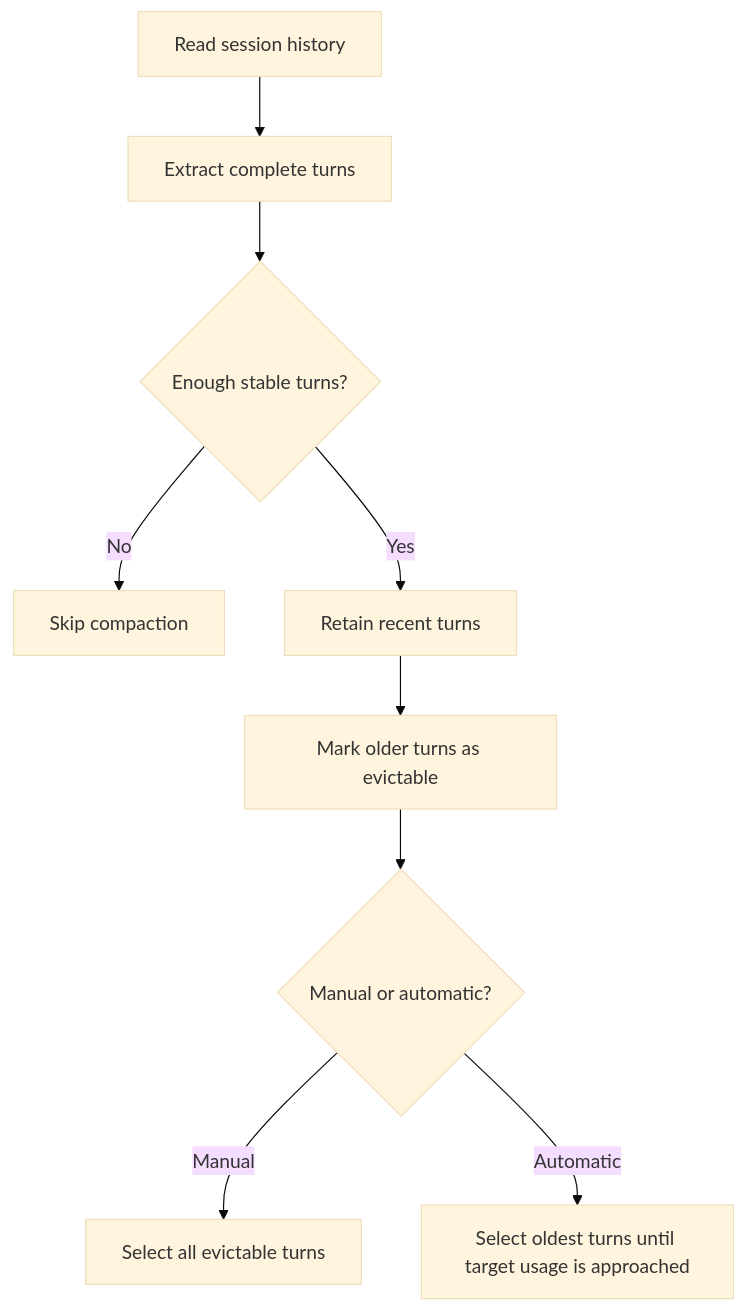
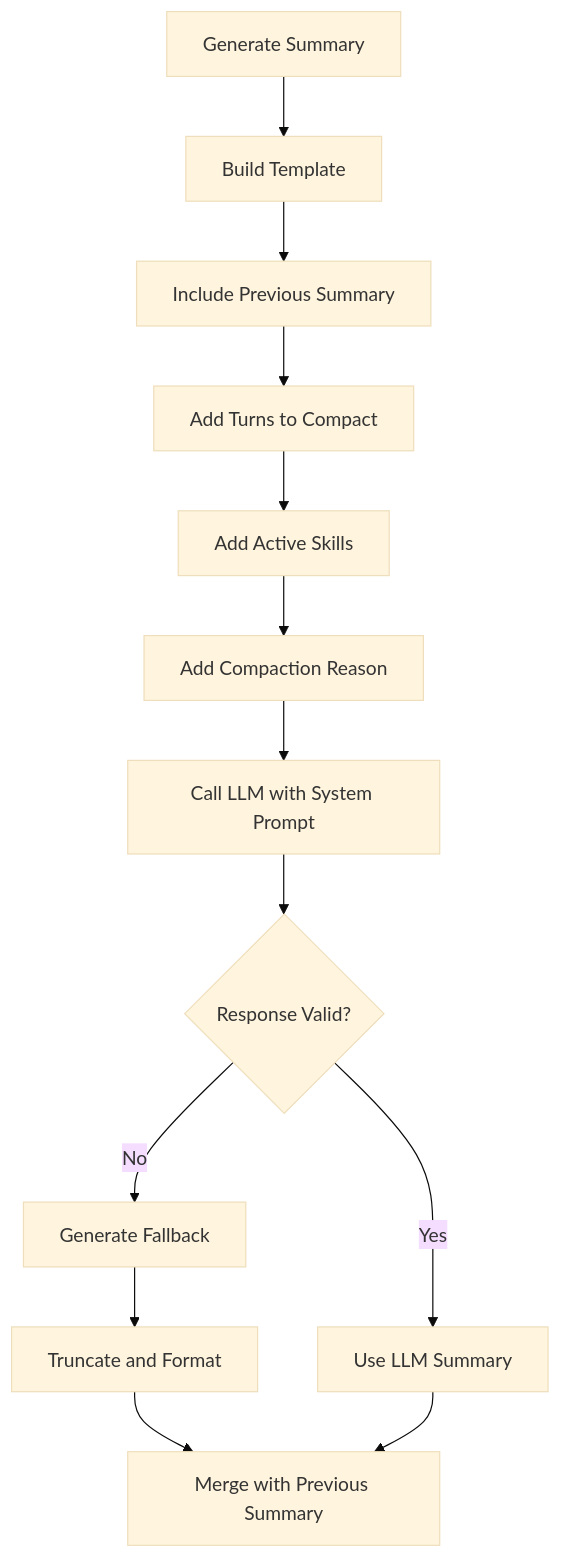
The eighth of 12 diagrams in doc/context-compaction.md (lastweek/nano-coder), drawn with Mermaid (base theme) before and after one commit. The commit also changed other lines of this file and 18 other files, not shown here.

````diff
--- a/doc/context-compaction.md
+++ b/doc/context-compaction.md
@@ -139,11 +529,15 @@
 ```mermaid
 flowchart TD
-    A[Read session history] --> B[Extract complete turns]
-    B --> C{Enough stable turns?}
-    C -- No --> D[Skip compaction]
-    C -- Yes --> E[Retain recent turns]
-    E --> F[Mark older turns as evictable]
-    F --> G{Manual or automatic?}
-    G -- Manual --> H[Select all evictable turns]
-    G -- Automatic --> I[Select oldest turns until target usage is approached]
+    A[Generate Summary] --> B[Build Template]
+    B --> C[Include Previous Summary]
+    C --> D[Add Turns to Compact]
+    D --> E[Add Active Skills]
+    E --> F[Add Compaction Reason]
+    F --> G[Call LLM with System Prompt]
+    G --> H{Response Valid?}
+    H -- Yes --> I[Use LLM Summary]
+    H -- No --> J[Generate Fallback]
+    J --> K[Truncate and Format]
+    K --> L[Merge with Previous Summary]
+    I --> L
 ```
````
